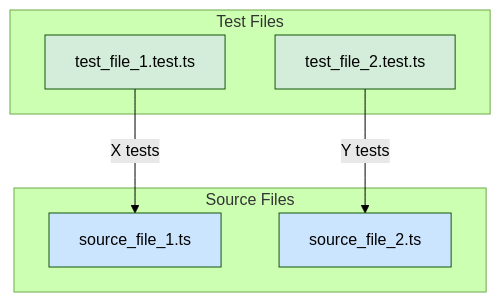
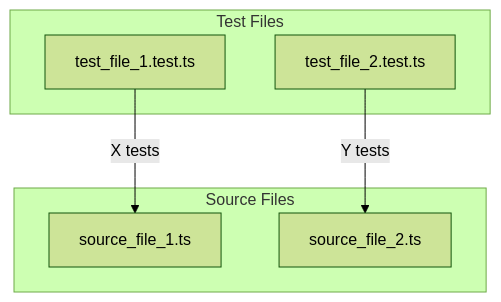
One commit to Omri4Semperis/Glyph changed the third of 4 diagrams in assets/templates/code_review_template.md. Above: the diagram before and after it, drawn with Mermaid (forest theme). The commit also changed other lines of this file, not shown here.

````diff
--- a/assets/templates/code_review_template.md
+++ b/assets/templates/code_review_template.md
@@ -168,20 +145,15 @@
 ```mermaid
 graph TB
     subgraph "Test Files"
         T1[test_file_1.test.ts]
         T2[test_file_2.test.ts]
     end
     
     subgraph "Source Files"
         S1[source_file_1.ts]
         S2[source_file_2.ts]
     end
     
     T1 -->|X tests| S1
     T2 -->|Y tests| S2
-    
-    style T1 fill:#d4edda
-    style T2 fill:#d4edda
-    style S1 fill:#cce5ff
-    style S2 fill:#cce5ff
 ```
````
